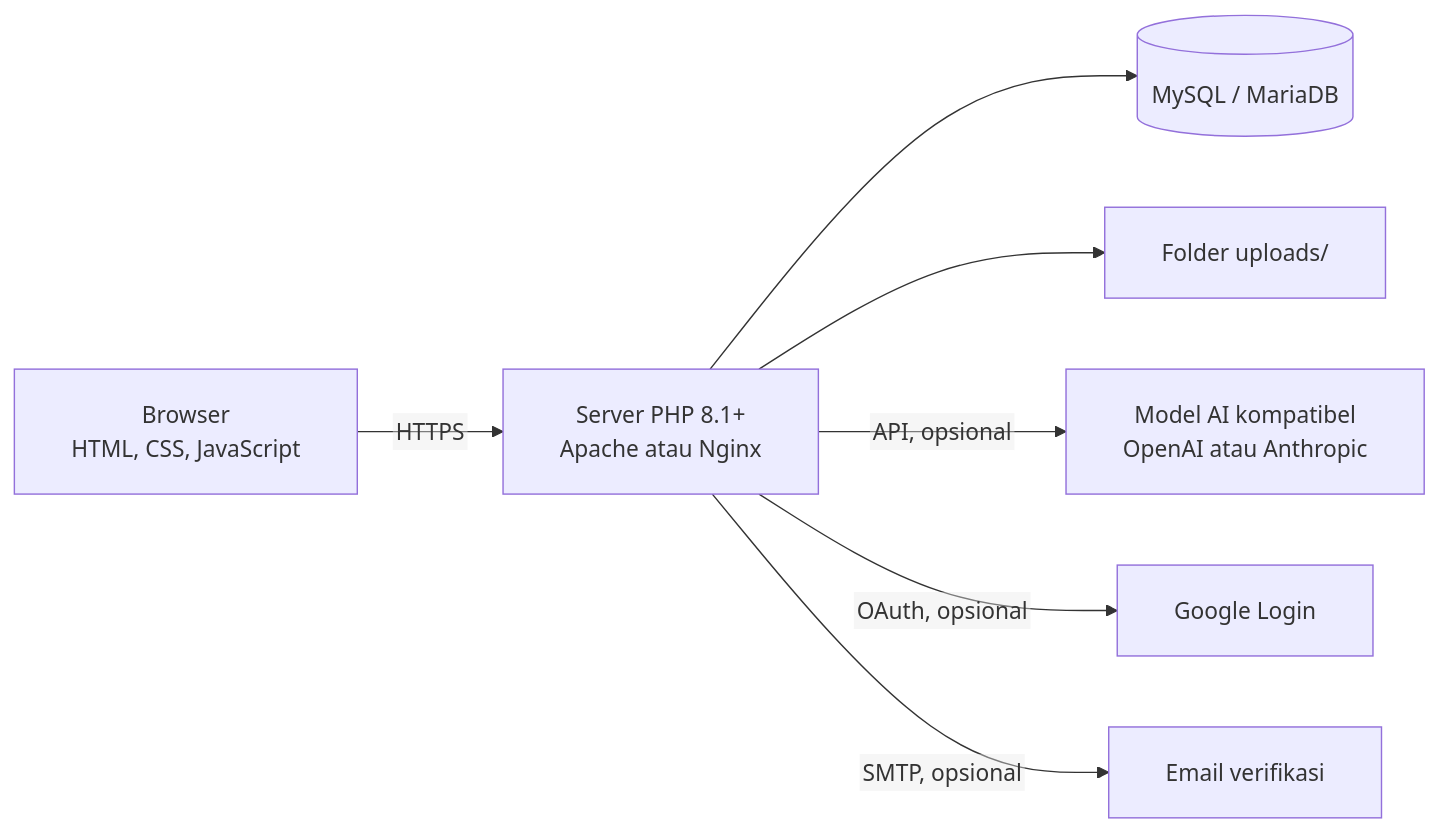
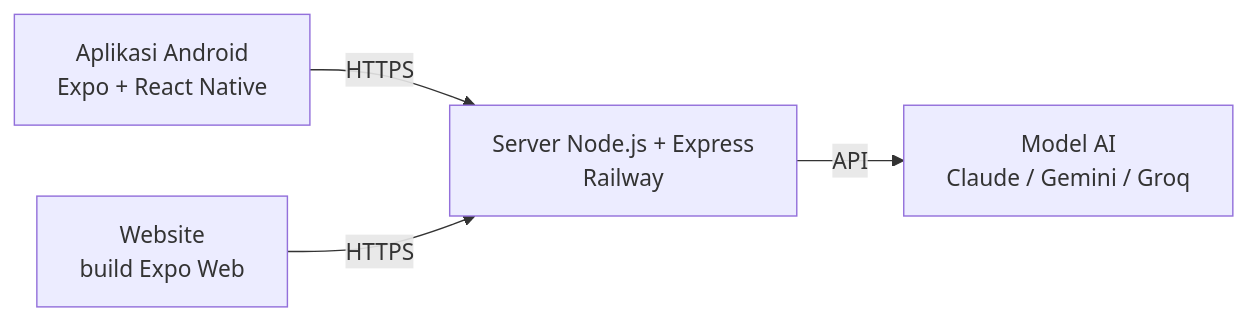
The second of 2 diagrams in README.md (ZaidAlHibb/ITIHIX), drawn with Mermaid before and after one commit. The commit also changed other lines of this file, not shown here.

````diff
--- a/README.md
+++ b/README.md
@@ -572,10 +132,6 @@
 ```mermaid
-%%{init: {"flowchart": {"htmlLabels": false, "padding": 20}, "themeVariables": {"fontFamily": "Arial, Helvetica, sans-serif"}}}%%
 flowchart LR
-    A[Browser<br/>HTML, CSS, JavaScript] -->|HTTPS| S
-    S[Server PHP 8.1+<br/>Apache atau Nginx] --> D[(MySQL / MariaDB)]
-    S --> U[Folder uploads/]
-    S -->|API, opsional| G[Model AI kompatibel<br/>OpenAI atau Anthropic]
-    S -->|OAuth, opsional| O[Google Login]
-    S -->|SMTP, opsional| M[Email verifikasi]
+    A[Aplikasi Android<br/>Expo + React Native] -->|HTTPS| S
+    B[Website<br/>build Expo Web] -->|HTTPS| S
+    S[Server Node.js + Express<br/>Railway] -->|API| G[Model AI<br/>Claude / Gemini / Groq]
 ```
````
